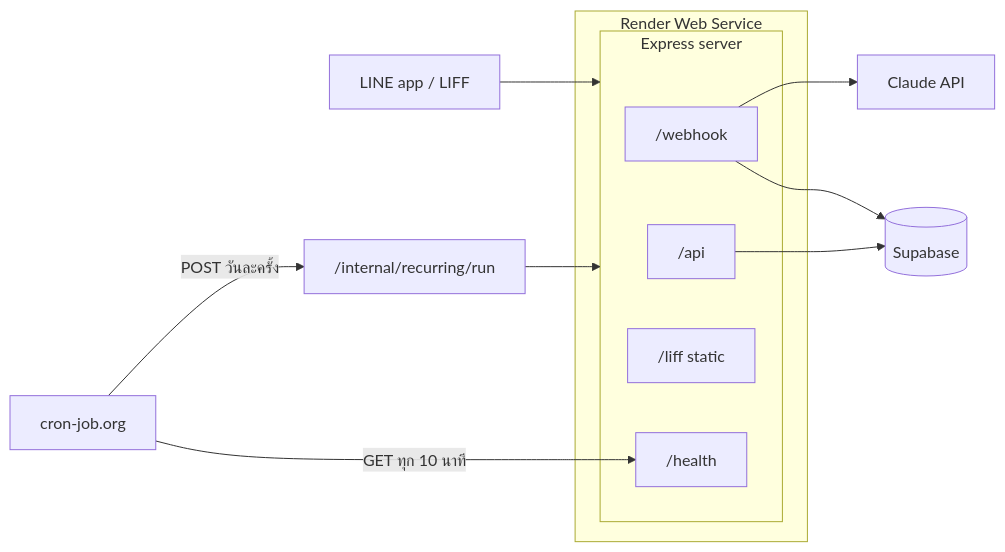
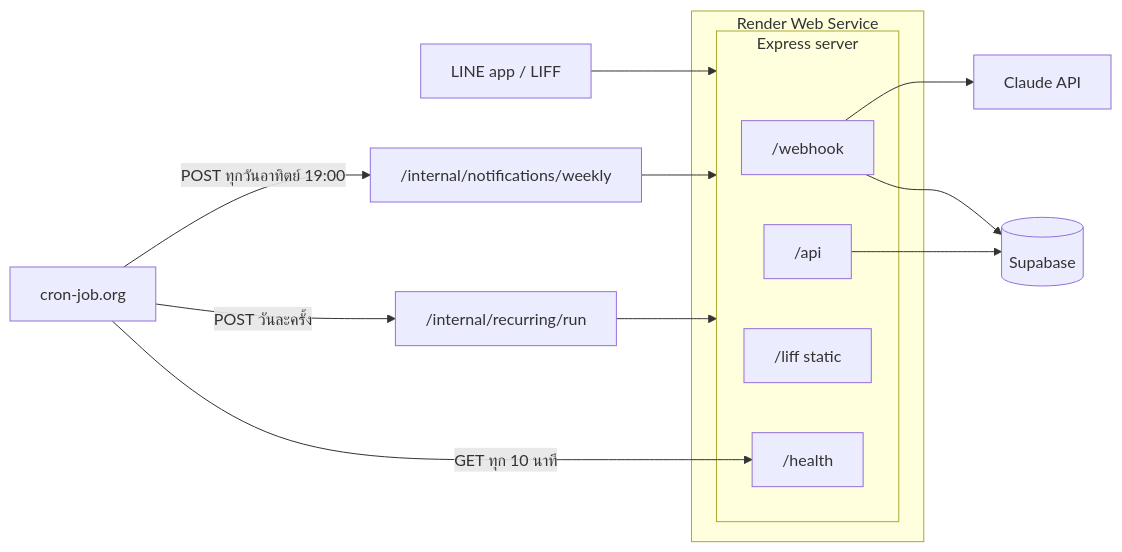
The diagram in README.md (promminkiw/line-expense-bot), drawn with Mermaid before and after one commit. The commit also changed other lines of this file and 3 other files, not shown here.

First line of the commit message:
docs: describe the weekly summary and its cron job

````diff
--- a/README.md
+++ b/README.md
@@ -25,18 +26,20 @@
 ```mermaid
 flowchart LR
   LINE[LINE app / LIFF] --> Express
   subgraph Render[Render Web Service]
     subgraph Express[Express server]
       Webhook["/webhook"]
       Api["/api"]
       Static["/liff static"]
       Health["/health"]
     end
   end
   Webhook --> Claude[Claude API]
   Webhook --> Supabase[(Supabase)]
   Api --> Supabase
   Cron[cron-job.org] -->|POST วันละครั้ง| Run["/internal/recurring/run"]
   Cron -->|GET ทุก 10 นาที| Health
+  Cron -->|POST ทุกวันอาทิตย์ 19:00| Weekly["/internal/notifications/weekly"]
+  Weekly --> Express
   Run --> Express
 ```
````
